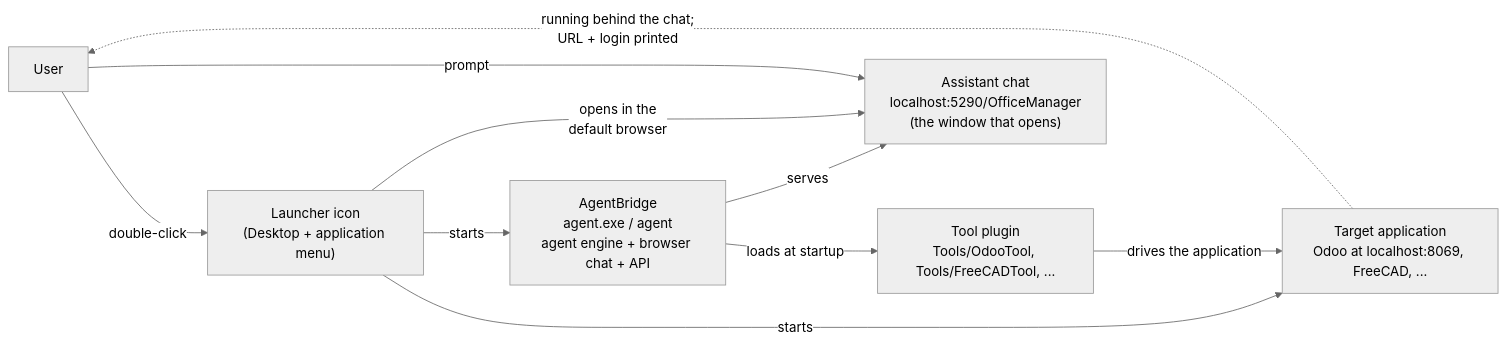
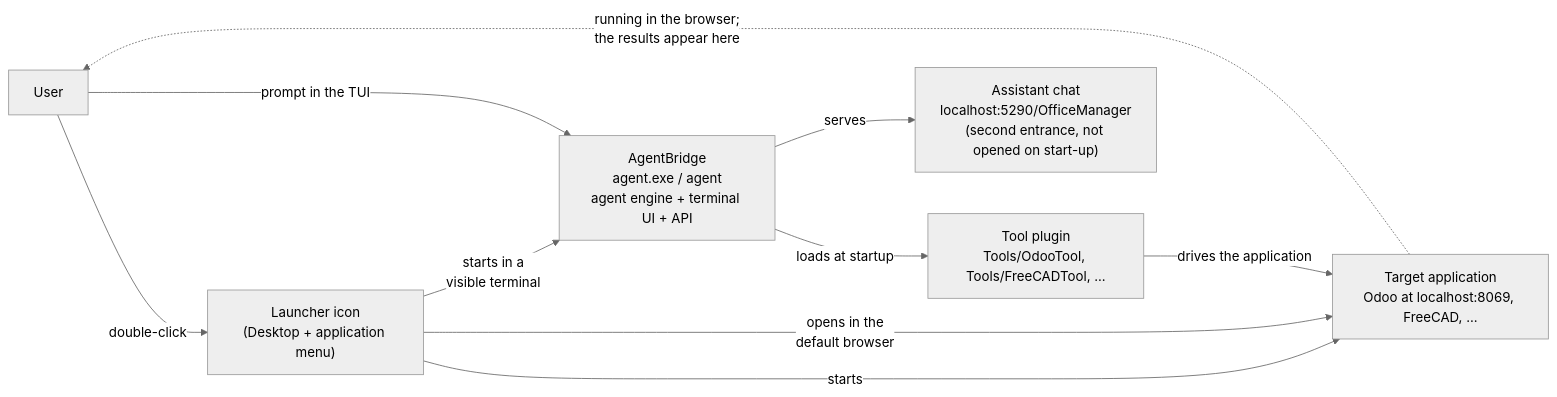
One commit to Graphene-Lab/AgentBridge changed the diagram in docs-dev/INSTALLER-CONTRACT.md. Above: the diagram before and after it, drawn with Mermaid (neutral theme). The commit also changed other lines of this file and 2 other files, not shown here.

First line of the commit message:
tui: draw the entry-point chain with ASCII arrows

````diff
--- a/docs-dev/INSTALLER-CONTRACT.md
+++ b/docs-dev/INSTALLER-CONTRACT.md
@@ -18,19 +19,19 @@
 ```mermaid
 flowchart LR
   user["User"]
   launcher["Launcher icon<br/>(Desktop + application menu)"]
-  ab["AgentBridge<br/>agent.exe / agent<br/>agent engine + browser chat + API"]
+  ab["AgentBridge<br/>agent.exe / agent<br/>agent engine + terminal UI + API"]
   plugin["Tool plugin<br/>Tools/OdooTool, Tools/FreeCADTool, ..."]
   app["Target application<br/>Odoo at localhost:8069, FreeCAD, ..."]
-  chat["Assistant chat<br/>localhost:5290/OfficeManager<br/>(the window that opens)"]
+  chat["Assistant chat<br/>localhost:5290/OfficeManager<br/>(second entrance, not opened on start-up)"]
 
   user -->|"double-click"| launcher
   launcher -->|"starts"| app
-  launcher -->|"starts"| ab
+  launcher -->|"starts in a<br/>visible terminal"| ab
   ab -->|"serves"| chat
-  launcher -->|"opens in the<br/>default browser"| chat
+  launcher -->|"opens in the<br/>default browser"| app
   ab -->|"loads at startup"| plugin
   plugin -->|"drives the application"| app
-  user -->|"prompt"| chat
-  app -.->|"running behind the chat;<br/>URL + login printed"| user
+  user -->|"prompt in the TUI"| ab
+  app -.->|"running in the browser;<br/>the results appear here"| user
 ```
````
